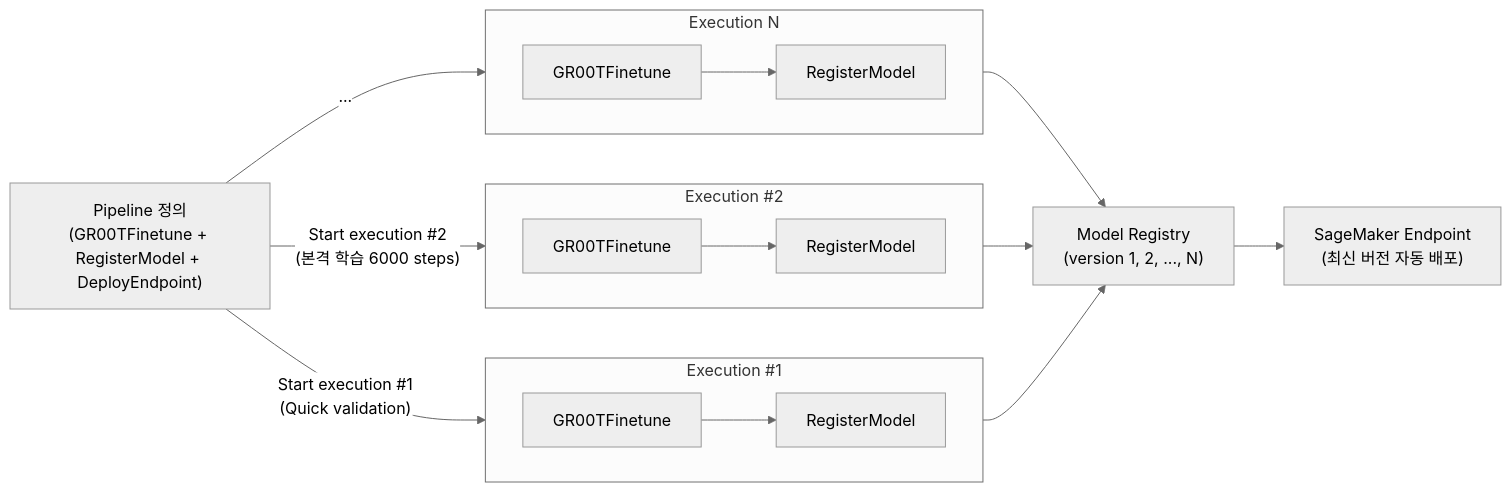
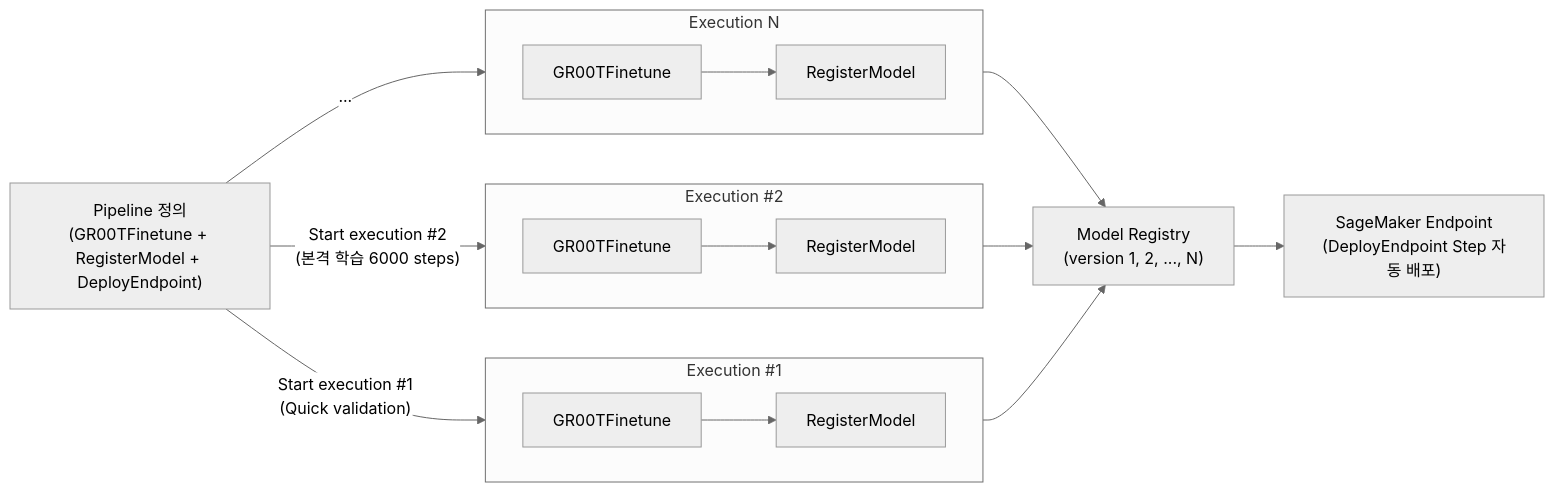
The first of 3 diagrams in guide/e2e-workshop/7.-vla-train-sagemaker.md (seokjushin/physical-ai-aws-docs), drawn with Mermaid (neutral theme) before and after one commit. The commit also changed other lines of this file and 1 other file, not shown here.

First line of the commit message:
docs(nx1): module 5/7 to native Studio JupyterLab + Pipeline endpoint auto-deploy

````diff
--- a/guide/e2e-workshop/7.-vla-train-sagemaker.md
+++ b/guide/e2e-workshop/7.-vla-train-sagemaker.md
@@ -457,26 +475,26 @@
 ```mermaid
 flowchart LR
     Definition["Pipeline 정의\n(GR00TFinetune + RegisterModel + DeployEndpoint)"]
 
     Definition -->|"Start execution #1\n(Quick validation)"| Exec1
     Definition -->|"Start execution #2\n(본격 학습 6000 steps)"| Exec2
     Definition -->|"..."| ExecN
 
     subgraph Exec1["Execution #1"]
         direction LR
         T1["GR00TFinetune"] --> R1["RegisterModel"]
     end
     subgraph Exec2["Execution #2"]
         direction LR
         T2["GR00TFinetune"] --> R2["RegisterModel"]
     end
     subgraph ExecN["Execution N"]
         direction LR
         TN["GR00TFinetune"] --> RN["RegisterModel"]
     end
 
     R1 --> Reg
     R2 --> Reg
     RN --> Reg
-    Reg["Model Registry\n(version 1, 2, ..., N)"] --> EP["SageMaker Endpoint\n(최신 버전 자동 배포)"]
+    Reg["Model Registry\n(version 1, 2, ..., N)"] --> EP["SageMaker Endpoint\n(DeployEndpoint Step 자동 배포)"]
 ```
````
